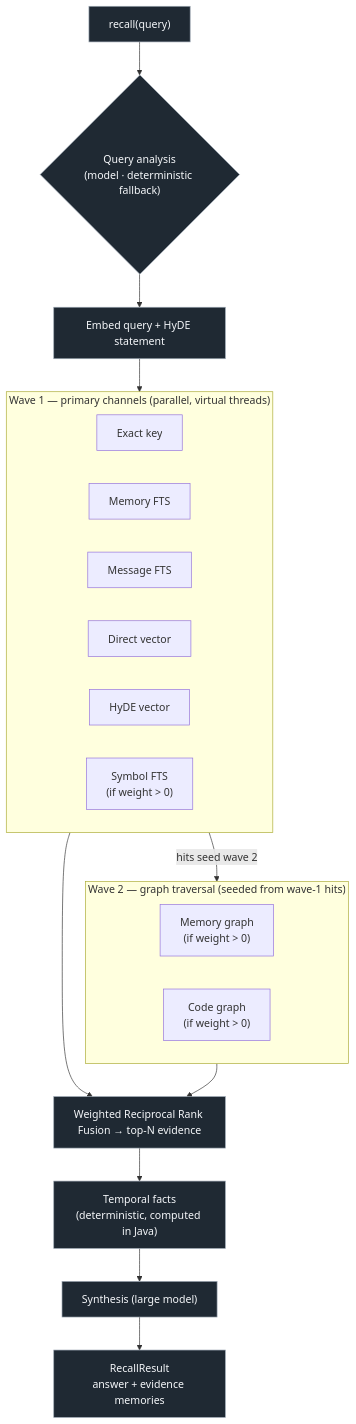
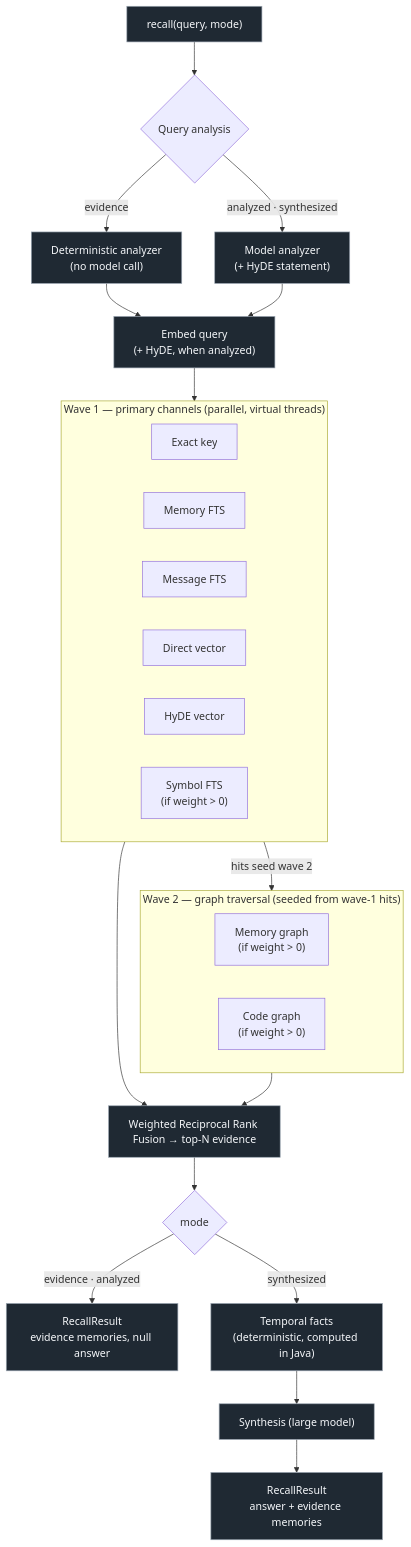
The diagram in README.md (VAlux/pieria), drawn with Mermaid before and after one commit. The commit also changed other lines of this file, not shown here.

````diff
--- a/README.md
+++ b/README.md
@@ -72,34 +89,39 @@
 ```mermaid
 flowchart TD
-    Q["recall(query)"] --> A{"Query analysis<br/>(model · deterministic fallback)"}
-    A --> E["Embed query + HyDE statement"]
+    Q["recall(query, mode)"] --> A{"Query analysis"}
+    A -- "evidence" --> AD["Deterministic analyzer<br/>(no model call)"]
+    A -- "analyzed · synthesized" --> AM["Model analyzer<br/>(+ HyDE statement)"]
+    AD --> E["Embed query<br/>(+ HyDE, when analyzed)"]
+    AM --> E
 
     E --> W1
 
     subgraph W1["Wave 1 — primary channels (parallel, virtual threads)"]
         direction LR
         EK["Exact key"]
         MF["Memory FTS"]
         MSG["Message FTS"]
         DV["Direct vector"]
         HV["HyDE vector"]
         SF["Symbol FTS<br/>(if weight &gt; 0)"]
     end
 
     W1 -- "hits seed wave 2" --> W2
 
     subgraph W2["Wave 2 — graph traversal (seeded from wave-1 hits)"]
         direction LR
         GR["Memory graph<br/>(if weight &gt; 0)"]
         CG["Code graph<br/>(if weight &gt; 0)"]
     end
 
     W1 --> RRF["Weighted Reciprocal Rank Fusion → top-N evidence"]
     W2 --> RRF
-    RRF --> T["Temporal facts<br/>(deterministic, computed in Java)"]
+    RRF --> M{"mode"}
+    M -- "evidence · analyzed" --> RE["RecallResult<br/>evidence memories, null answer"]
+    M -- "synthesized" --> T["Temporal facts<br/>(deterministic, computed in Java)"]
     T --> S["Synthesis (large model)"]
     S --> R["RecallResult<br/>answer + evidence memories"]
 
     classDef stage fill:#1f2933,stroke:#9aa5b1,color:#f5f7fa;
-    class Q,A,E,RRF,T,S,R stage;
+    class Q,AD,AM,E,RRF,T,S,R,RE stage;
 ```
````
